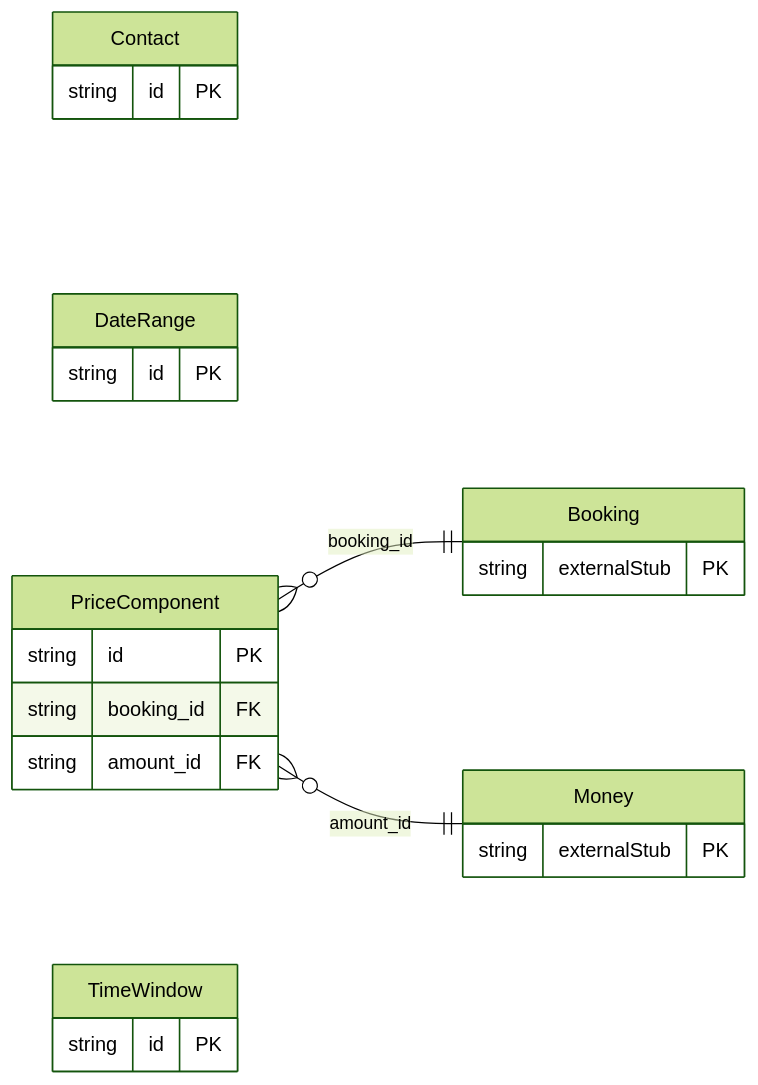
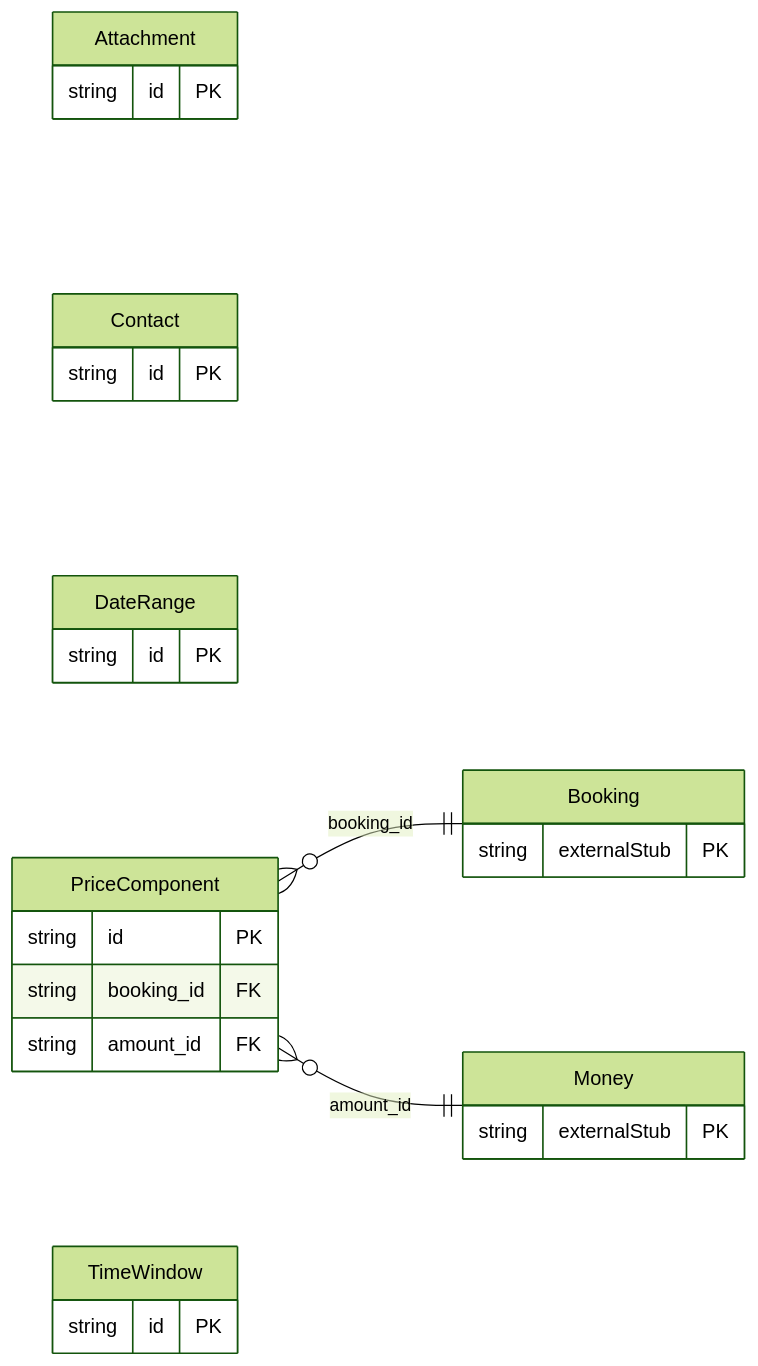
One commit to oh-tarnished/freebusy changed the diagram in protobuf/generated/prisma/freebusy/shared/README.md. Above: the diagram before and after it, drawn with Mermaid (forest theme). The commit also changed other lines of this file and 939 other files, not shown here.

````diff
--- a/protobuf/generated/prisma/freebusy/shared/README.md
+++ b/protobuf/generated/prisma/freebusy/shared/README.md
@@ -13,26 +13,29 @@
 ```mermaid
 erDiagram
     direction LR
+    Attachment {
+        string id PK
+    }
     Contact {
         string id PK
     }
     DateRange {
         string id PK
     }
     PriceComponent {
         string id PK
         string booking_id FK
         string amount_id FK
     }
     TimeWindow {
         string id PK
     }
     Booking {
         string externalStub PK
     }
     Money {
         string externalStub PK
     }
     PriceComponent }o--|| Booking : "booking_id"
     PriceComponent }o--|| Money : "amount_id"
 ```
````
